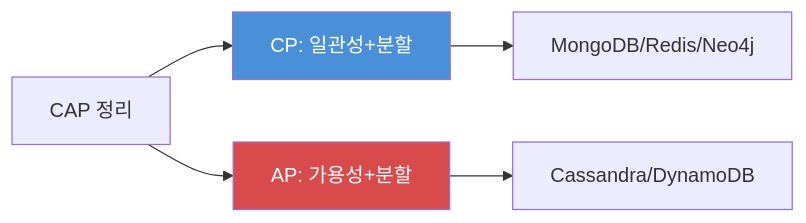
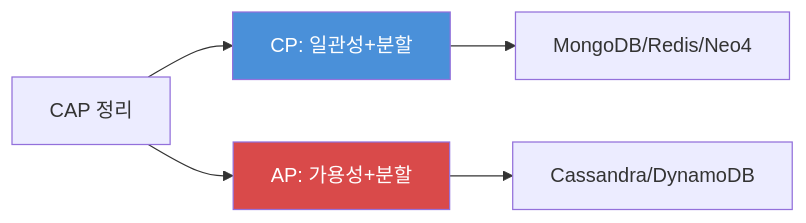
The fourth of 7 diagrams in _posts/nosql/2026-05-03-nosql-comparison.md (yjkim2015/yjkim2015.github.io), drawn with Mermaid before and after one commit. The commit also changed other lines of this file and 245 other files, not shown here.

First line of the commit message:
Mermaid 다이어그램 전면 수정 + 면접 포인트 접기/펼치기 + DB 데드락 페이지

````diff
--- a/_posts/nosql/2026-05-03-nosql-comparison.md
+++ b/_posts/nosql/2026-05-03-nosql-comparison.md
@@ -173,9 +173,9 @@
 ```mermaid
 graph LR
     CAP["CAP 정리"] --> CP["CP: 일관성+분할"]
     CAP --> AP["AP: 가용성+분할"]
-    CP --> C1["MongoDB/Redis/Neo4j"]
+    CP --> C1["MongoDB/Redis/Neo4"]
     AP --> C2["Cassandra/DynamoDB"]
     style CP fill:#4A90D9,color:#fff
     style AP fill:#D94A4A,color:#fff
 ```
````
